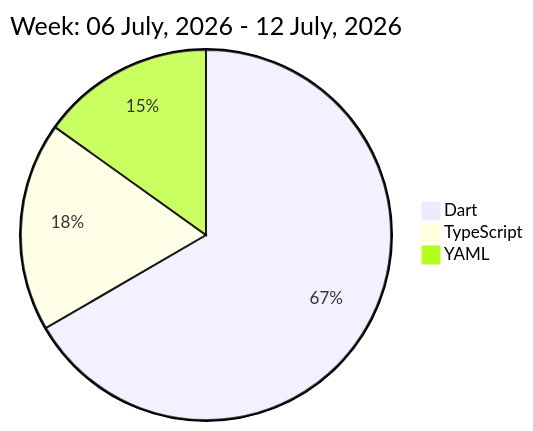
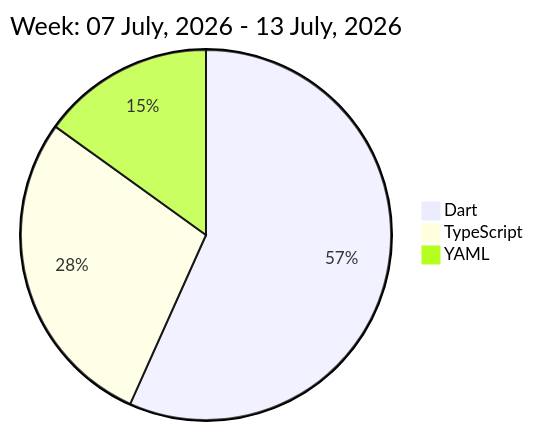
Before and after one commit to liubin95/liubin95: the diagram in README.md, drawn with Mermaid.

Commit message:
Updated the Graph with new Metrics

````diff
--- a/README.md
+++ b/README.md
@@ -32,7 +32,7 @@
 ```mermaid
  pie
-title Week: 06 July, 2026 - 12 July, 2026
- "Dart" : 10.22
- "TypeScript" : 2.8
- "YAML" : 2.32
+title Week: 07 July, 2026 - 13 July, 2026
+ "Dart" : 8.28
+ "TypeScript" : 4.12
+ "YAML" : 2.2
 ```
````
